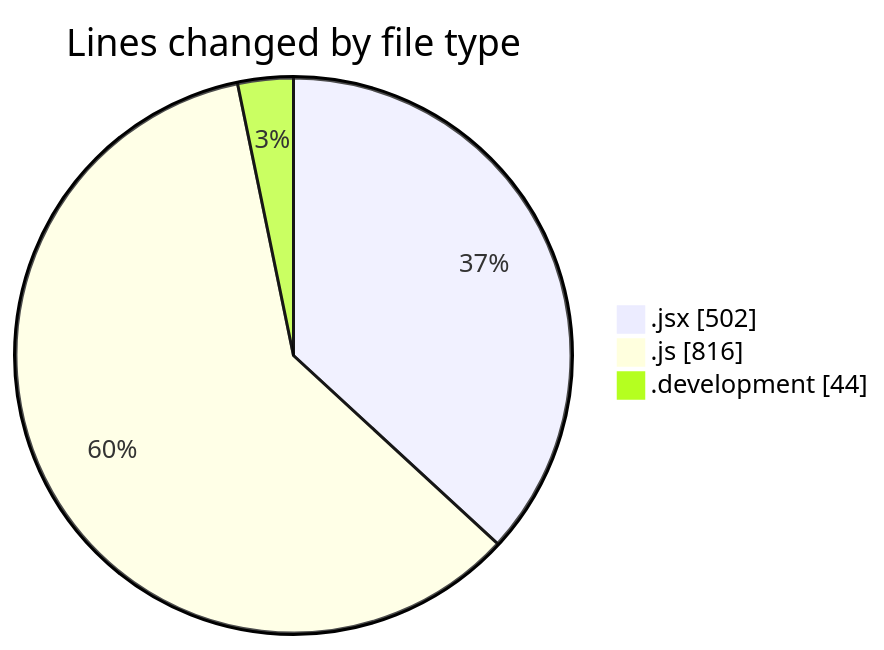
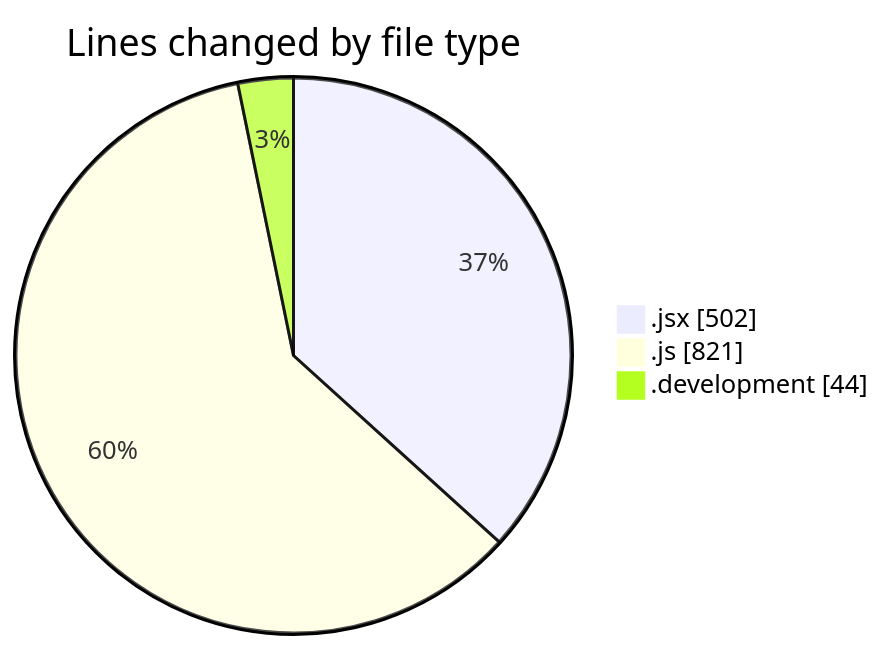
The first of 2 diagrams in 2025-12-02/nxtqube_webapp/README.md (nxtqubesakshisongat/code-tracking), drawn with Mermaid before and after one commit. The commit also changed other lines of this file and 1 other file, not shown here.

````diff
--- a/2025-12-02/nxtqube_webapp/README.md
+++ b/2025-12-02/nxtqube_webapp/README.md
@@ -25,7 +25,7 @@
 ```mermaid
 pie showData
 title Lines changed by file type
 ".jsx" : 502
-".js" : 816
+".js" : 821
 ".development" : 44
 ```
````
